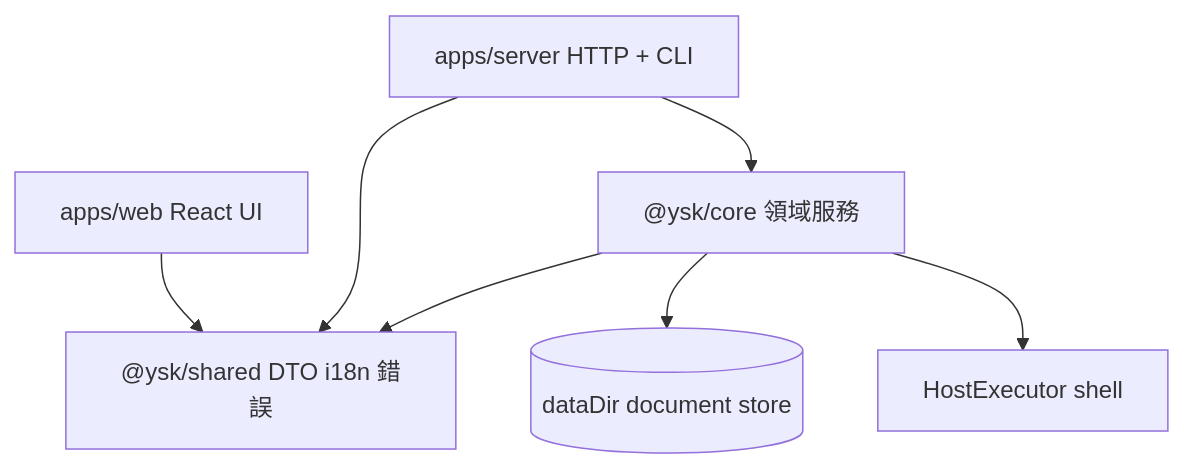
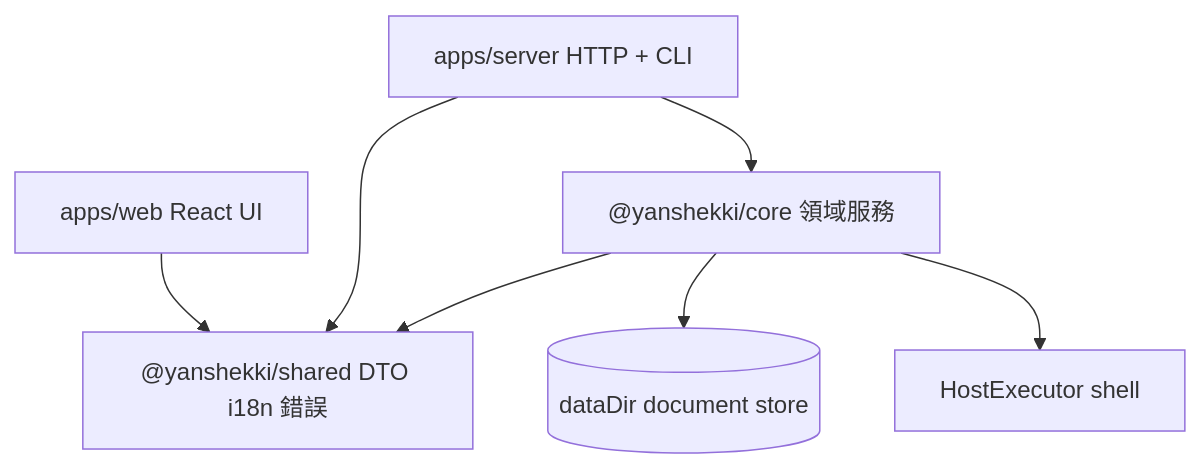
One commit to yanshekki/ysk-server changed the diagram in docs/architecture/overview-ZH.md. Above: the diagram before and after it, drawn with Mermaid. The commit also changed other lines of this file and 623 other files, not shown here.

First line of the commit message:
chore(npm): publish as unscoped ysk-server under yanshekki

````diff
--- a/docs/architecture/overview-ZH.md
+++ b/docs/architecture/overview-ZH.md
@@ -14,16 +14,16 @@
 ```mermaid
 flowchart TB
   Web[apps/web React UI]
   Server[apps/server HTTP + CLI]
-  Shared["@ysk/shared DTO i18n 錯誤"]
-  Core["@ysk/core 領域服務"]
+  Shared["@yanshekki/shared DTO i18n 錯誤"]
+  Core["@yanshekki/core 領域服務"]
   Store[(dataDir document store)]
   Host[HostExecutor shell]
 
   Web --> Shared
   Server --> Shared
   Server --> Core
   Core --> Shared
   Core --> Store
   Core --> Host
 ```
````
